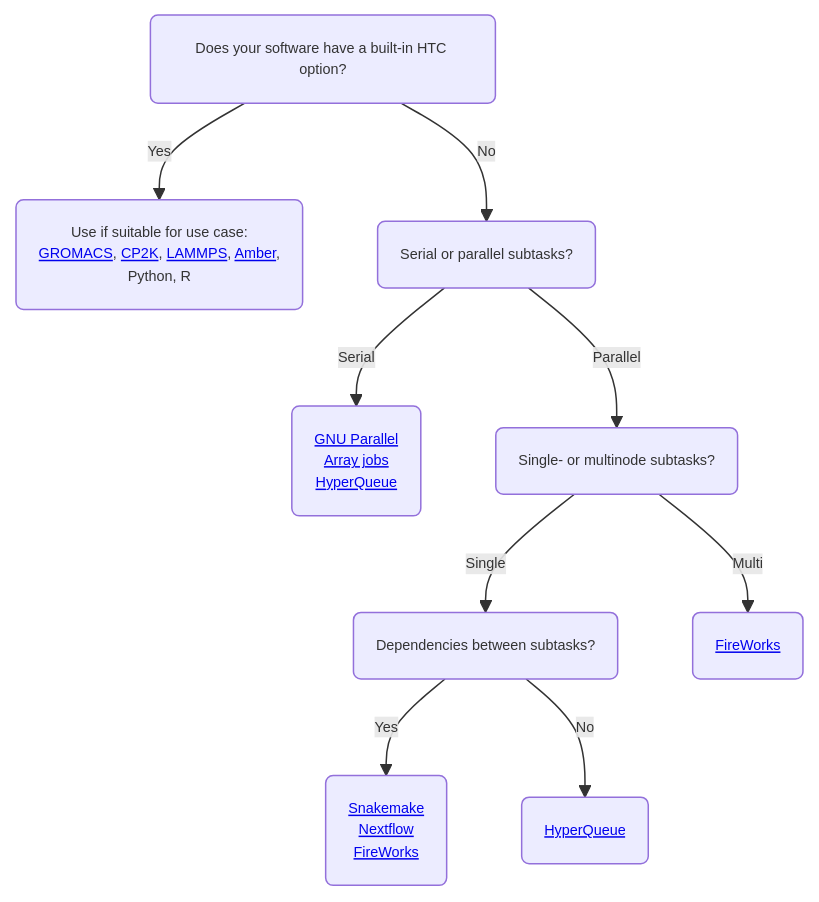
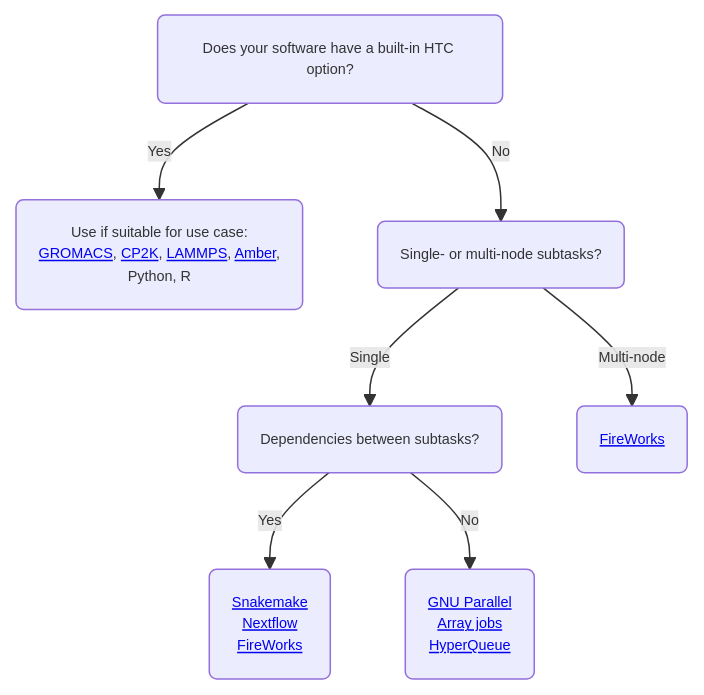
Before and after one commit to CSCfi/csc-user-guide: the first of 2 diagrams in docs/computing/running/throughput.md, drawn with Mermaid. The commit also changed other lines of this file, not shown here.

````diff
--- a/docs/computing/running/throughput.md
+++ b/docs/computing/running/throughput.md
@@ -53,12 +53,10 @@
 ```mermaid
 %%{init: {'theme': 'default', 'themeVariables': { 'fontSize': '0.6rem'}}}%%
 graph TD
     C(Does your software have a built-in HTC option?) -->|Yes| D("Use if suitable for use case:<br><a href='/support/tutorials/gromacs-throughput/'>GROMACS</a>, <a href='/apps/cp2k/#high-throughput-computing-with-cp2k'>CP2K</a>, <a href='/apps/lammps/#high-throughput-computing-with-lammps'>LAMMPS</a>, <a href='/apps/amber/#high-throughput-computing-with-amber'>Amber</a>,<br> Python, R ")
-    C -->|No| E(Serial or parallel subtasks?)
-    E -->|Serial| F(<a href='/support/tutorials/many/'>GNU Parallel</a><br><a href='/computing/running/array-jobs/'>Array jobs</a><br><a href='/apps/hyperqueue/'>HyperQueue</a>)
-    E -->|Parallel| G(Single- or multinode subtasks?)
-    G -->|Single| H(Dependencies between subtasks?)
-    G -->|Multi| I(<a href='/computing/running/fireworks/'>FireWorks</a>)
-    H -->|Yes| J(<a href='https://snakemake.readthedocs.io/en/stable/'>Snakemake</a><br><a href='/support/tutorials/nextflow-puhti/'>Nextflow</a><br><a href='/computing/running/fireworks/'>FireWorks</a>)
-    H -->|No| K(<a href='/apps/hyperqueue/'>HyperQueue</a>)
+    C -->|No| E(Single- or multi-node subtasks?)
+    E -->|Single| F(Dependencies between subtasks?)
+    E -->|Multi-node| G(<a href='/computing/running/fireworks/'>FireWorks</a>)
+    F -->|Yes| J(<a href='https://snakemake.readthedocs.io/en/stable/'>Snakemake</a><br><a href='/support/tutorials/nextflow-puhti/'>Nextflow</a><br><a href='/computing/running/fireworks/'>FireWorks</a>)
+    F -->|No| K(<a href='/support/tutorials/many/'>GNU Parallel</a><br><a href='/computing/running/array-jobs/'>Array jobs</a><br><a href='/apps/hyperqueue/'>HyperQueue</a>)
 ```
````
